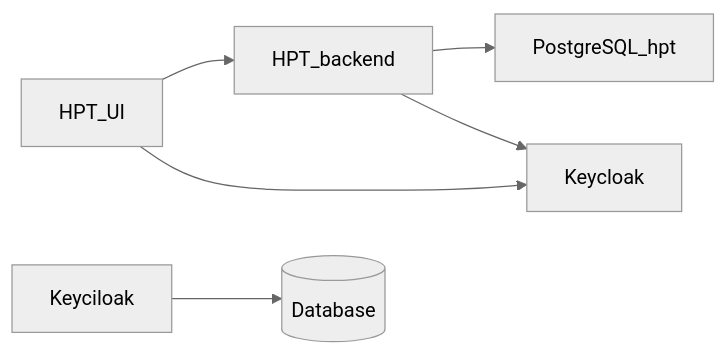
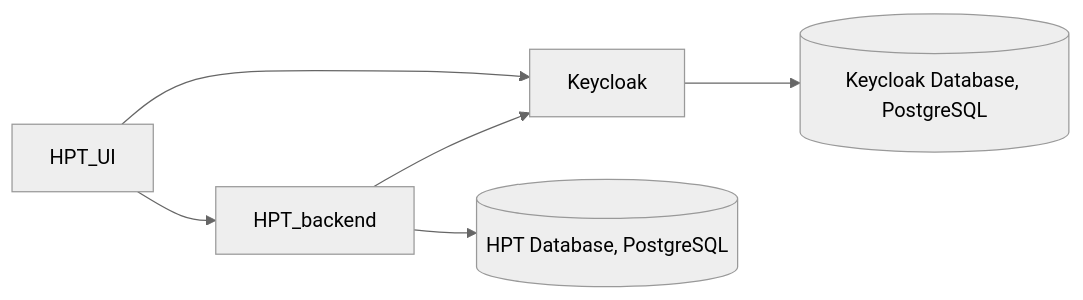
One commit to bastoker/testcontainers-workshop changed the diagram in README.md. Above: the diagram before and after it, drawn with Mermaid (neutral theme).

````diff
--- a/README.md
+++ b/README.md
@@ -21,8 +21,8 @@
 ```mermaid
 graph LR;
     HPT_UI-->HPT_backend
     HPT_UI-->Keycloak
-    HPT_backend-->PostgreSQL_hpt;
+    HPT_backend-->PostgreSQL_hpt[(HPT Database, PostgreSQL)];
     HPT_backend-->Keycloak;
-    Keyciloak-->PostgreSQL_keycloak[(Database)];
+    Keycloak-->PostgreSQL_keycloak[(Keycloak Database, PostgreSQL)];
 ```
````
